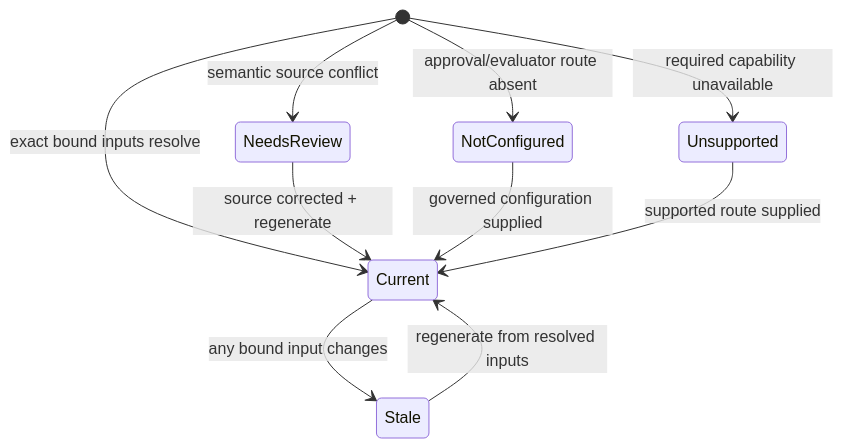
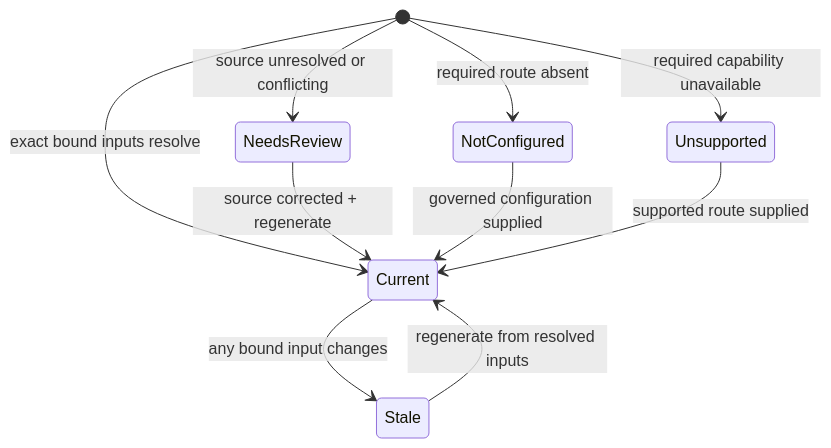
Before and after one commit to dragondad22/codex-starter-kit: the fourth of 7 diagrams in docs/architecture/LIFECYCLES.md, drawn with Mermaid. The commit also changed other lines of this file and 7 other files, not shown here.

````diff
--- a/docs/architecture/LIFECYCLES.md
+++ b/docs/architecture/LIFECYCLES.md
@@ -259,12 +264,12 @@
 ```mermaid
 stateDiagram-v2
     [*] --> Current: exact bound inputs resolve
-    [*] --> NeedsReview: semantic source conflict
-    [*] --> NotConfigured: approval/evaluator route absent
+    [*] --> NeedsReview: source unresolved or conflicting
+    [*] --> NotConfigured: required route absent
     [*] --> Unsupported: required capability unavailable
     Current --> Stale: any bound input changes
     Stale --> Current: regenerate from resolved inputs
     NeedsReview --> Current: source corrected + regenerate
     NotConfigured --> Current: governed configuration supplied
     Unsupported --> Current: supported route supplied
 ```
````
